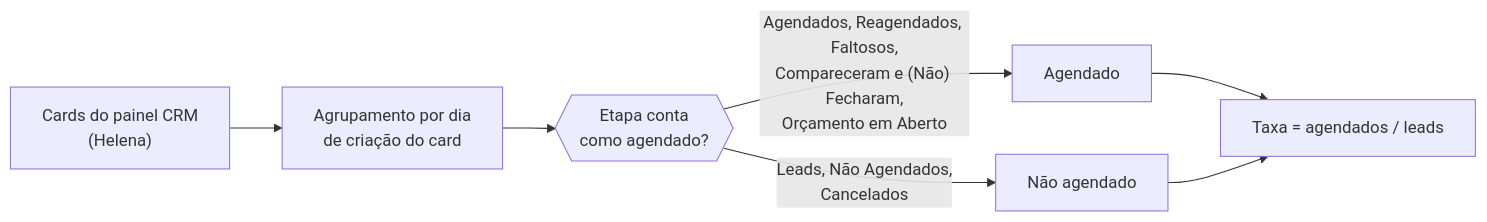
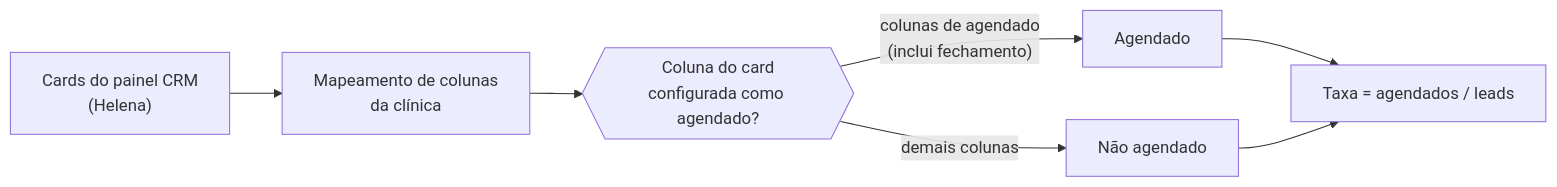
Before and after one commit to g4bs2006/Clinic-Control: the second of 6 diagrams in README.md, drawn with Mermaid. The commit also changed other lines of this file, not shown here.

````diff
--- a/README.md
+++ b/README.md
@@ -133,9 +139,9 @@
 ```mermaid
 flowchart LR
-    Cards["Cards do painel CRM<br/>(Helena)"] --> Bucket["Agrupamento por dia<br/>de criação do card"]
-    Bucket --> Rule{{"Etapa conta<br/>como agendado?"}}
-    Rule -->|"Agendados, Reagendados, Faltosos,<br/>Compareceram e (Não) Fecharam,<br/>Orçamento em Aberto"| Scheduled[Agendado]
-    Rule -->|"Leads, Não Agendados,<br/>Cancelados"| NotScheduled[Não agendado]
+    Cards["Cards do painel CRM<br/>(Helena)"] --> Map["Mapeamento de colunas<br/>da clínica"]
+    Map --> Rule{{"Coluna do card<br/>configurada como agendado?"}}
+    Rule -->|"colunas de agendado<br/>(inclui fechamento)"| Scheduled[Agendado]
+    Rule -->|"demais colunas"| NotScheduled[Não agendado]
     Scheduled --> Rate["Taxa = agendados / leads"]
     NotScheduled --> Rate
 ```
````
